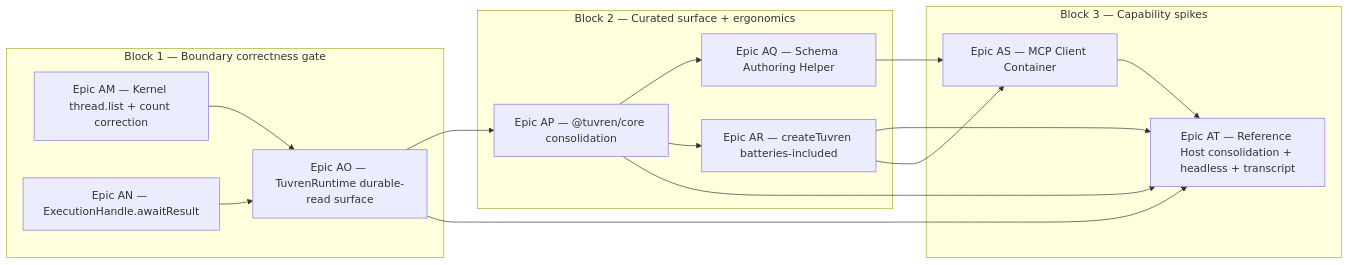
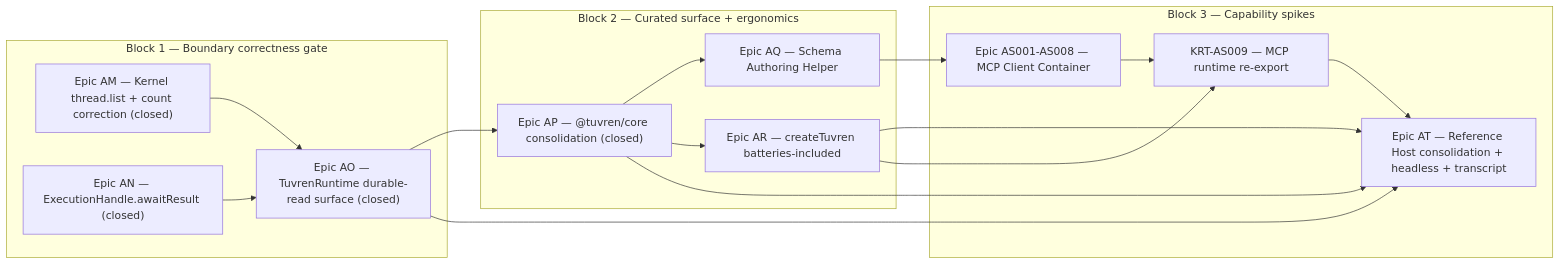
Before and after one commit to Tuvren/runtime: the diagram in constitution/Tasks.md, drawn with Mermaid. The commit also changed other lines of this file and 4 other files, not shown here.

````diff
--- a/constitution/Tasks.md
+++ b/constitution/Tasks.md
@@ -72,31 +73,33 @@
 ```mermaid
 flowchart LR
   subgraph block1["Block 1 — Boundary correctness gate"]
-    AM["Epic AM — Kernel thread.list + count correction"]
-    AN["Epic AN — ExecutionHandle.awaitResult"]
-    AO["Epic AO — TuvrenRuntime durable-read surface"]
+    AM["Epic AM — Kernel thread.list + count correction (closed)"]
+    AN["Epic AN — ExecutionHandle.awaitResult (closed)"]
+    AO["Epic AO — TuvrenRuntime durable-read surface (closed)"]
     AM --> AO
     AN --> AO
   end
 
   subgraph block2["Block 2 — Curated surface + ergonomics"]
-    AP["Epic AP — @tuvren/core consolidation"]
+    AP["Epic AP — @tuvren/core consolidation (closed)"]
     AQ["Epic AQ — Schema Authoring Helper"]
     AR["Epic AR — createTuvren batteries-included"]
     AP --> AQ
     AP --> AR
   end
 
   subgraph block3["Block 3 — Capability spikes"]
-    AS["Epic AS — MCP Client Container"]
+    AS_PRE["Epic AS001-AS008 — MCP Client Container"]
+    AS9["KRT-AS009 — MCP runtime re-export"]
     AT["Epic AT — Reference Host consolidation + headless + transcript"]
-    AS --> AT
+    AS_PRE --> AS9
+    AS9 --> AT
   end
 
   AO --> AP
   AO --> AT
   AP --> AT
   AR --> AT
-  AQ --> AS
-  AR --> AS
+  AQ --> AS_PRE
+  AR --> AS9
 ```
````
